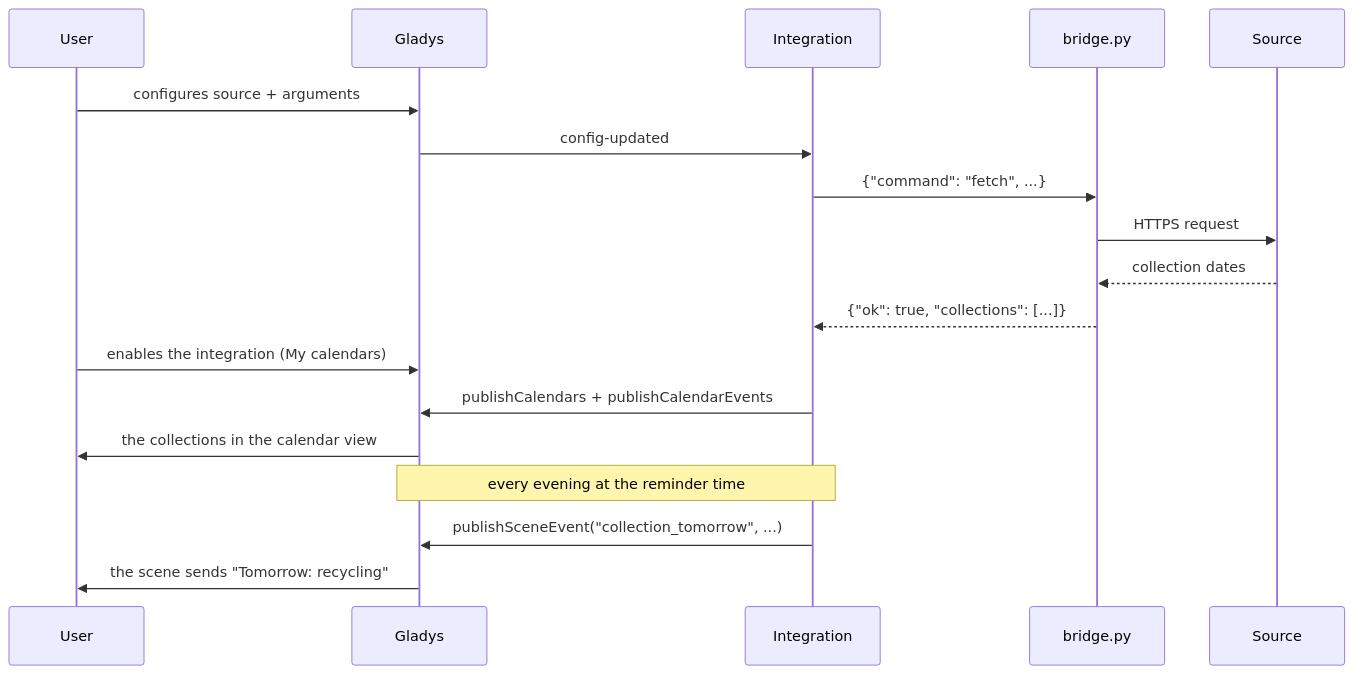
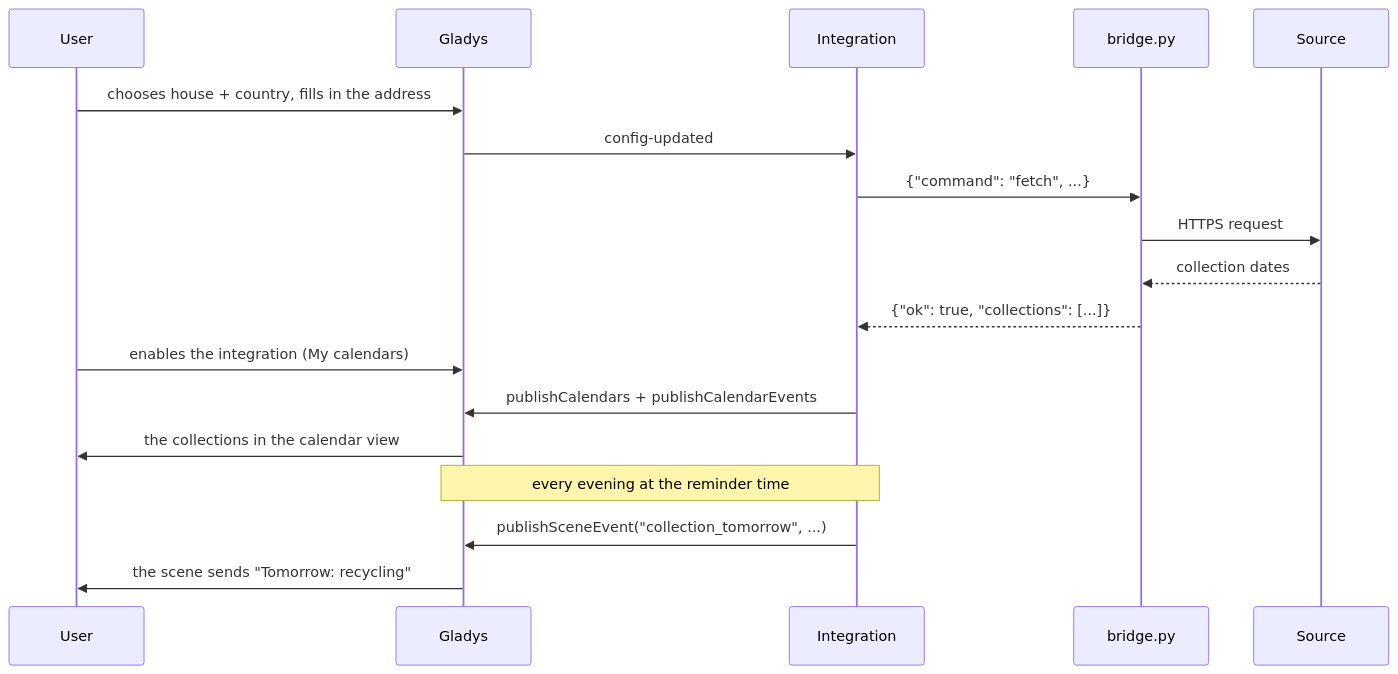
One commit to William-De71/gladys-waste-collection-schedule changed the second of 3 diagrams in README.md. Above: the diagram before and after it, drawn with Mermaid. The commit also changed other lines of this file and 24 other files, not shown here.

First line of the commit message:
feat: configure a schedule with a house and an address, no JSON

````diff
--- a/README.md
+++ b/README.md
@@ -50,20 +50,20 @@
 ```mermaid
 sequenceDiagram
   participant U as User
   participant G as Gladys
   participant I as Integration
   participant P as bridge.py
   participant S as Source
-  U->>G: configures source + arguments
+  U->>G: chooses house + country, fills in the address
   G->>I: config-updated
   I->>P: {"command": "fetch", ...}
   P->>S: HTTPS request
   S-->>P: collection dates
   P-->>I: {"ok": true, "collections": [...]}
   U->>G: enables the integration (My calendars)
   I->>G: publishCalendars + publishCalendarEvents
   G->>U: the collections in the calendar view
   Note over I,G: every evening at the reminder time
   I->>G: publishSceneEvent("collection_tomorrow", ...)
   G->>U: the scene sends "Tomorrow: recycling"
 ```
````
